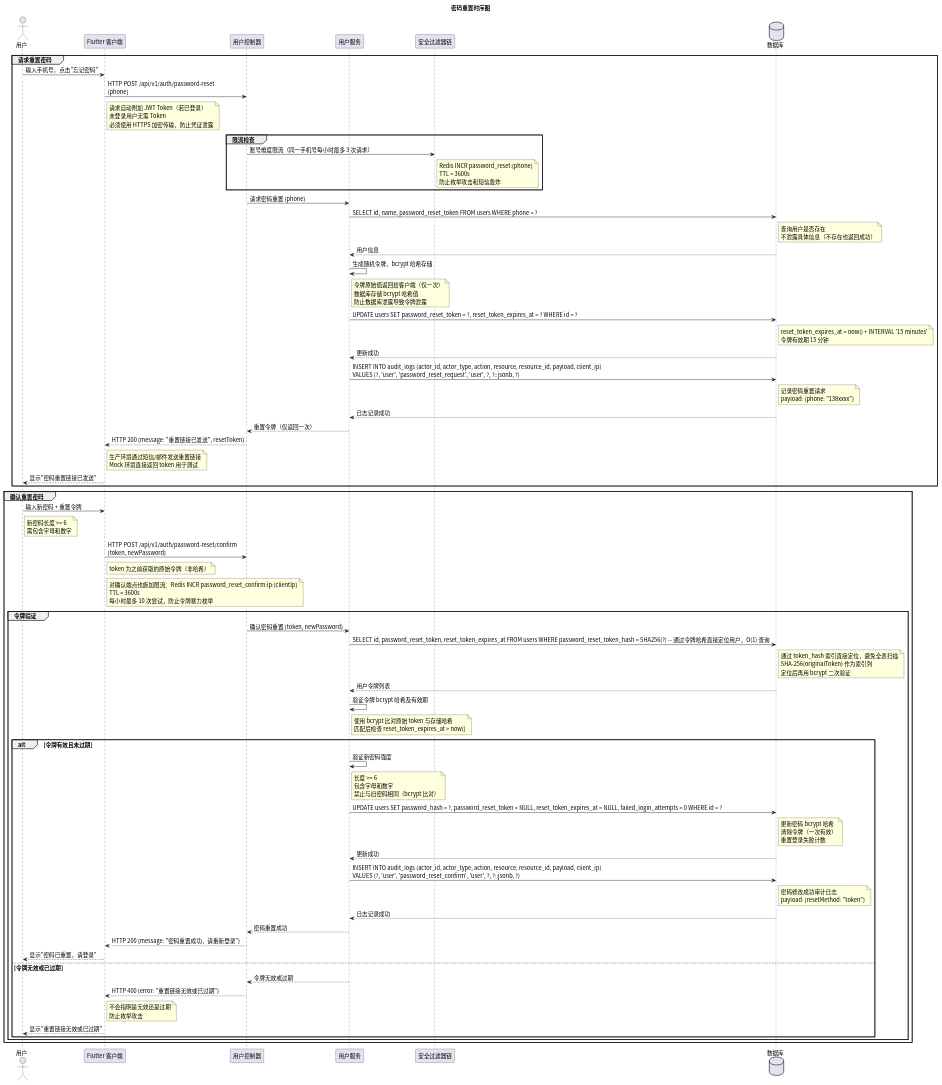
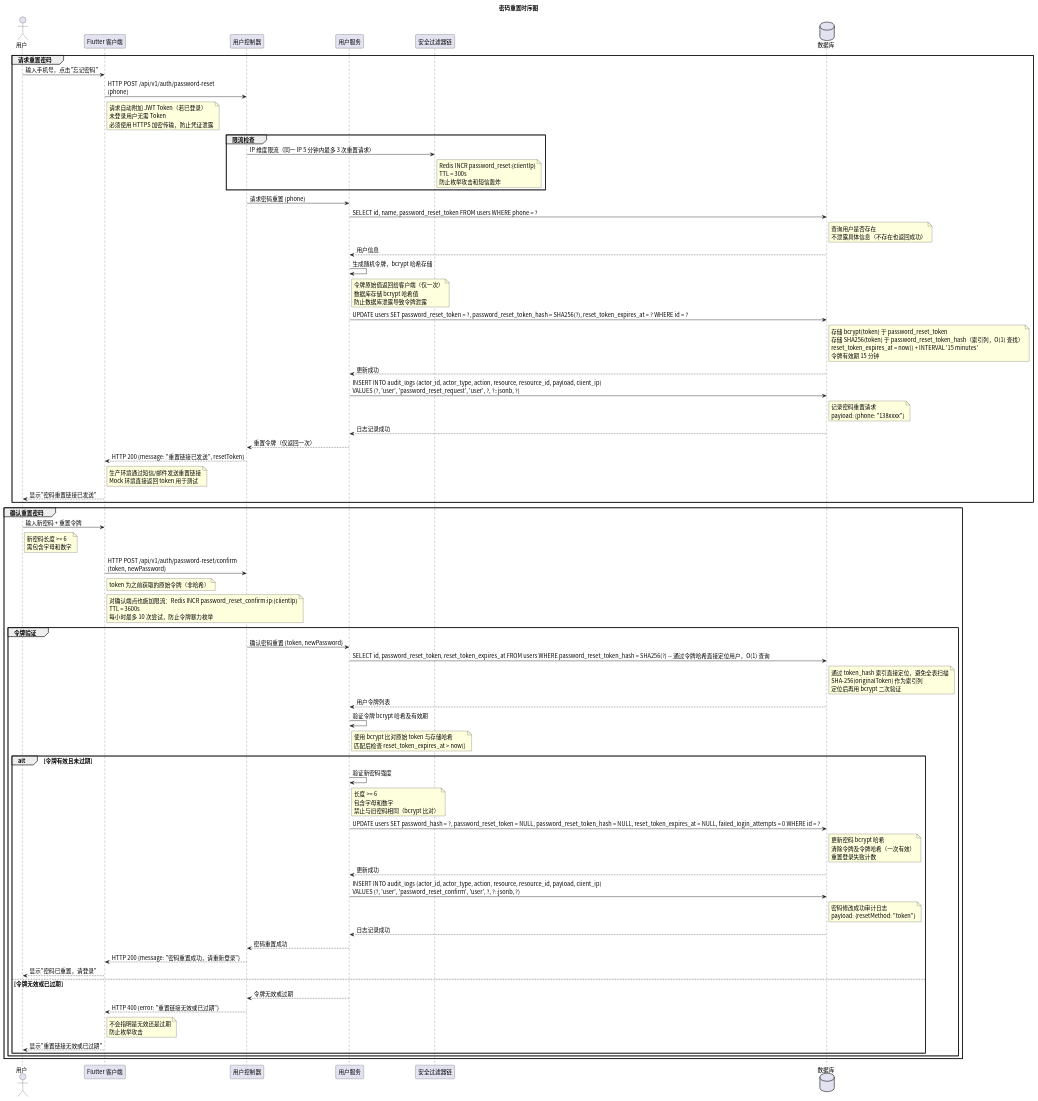
The diagram in time/src/sequence_password_reset.puml (greenhandzdl/charging-station-doc), drawn with PlantUML before and after one commit. The commit also changed 12 other files, not shown here.

```diff
--- a/time/src/sequence_password_reset.puml
+++ b/time/src/sequence_password_reset.puml
@@ -1,87 +1,87 @@
 @startuml
 skinparam defaultFontName "Noto Sans CJK SC"
 skinparam defaultFontSize 14
 title 密码重置时序图
 
 actor 用户 as U
 participant "Flutter 客户端" as FE
 participant "用户控制器" as Ctrl
 participant "用户服务" as US
 participant "安全过滤器链" as Security
 database 数据库 as DB
 
 group 请求重置密码
   U -> FE: 输入手机号，点击"忘记密码"
   FE -> Ctrl: HTTP POST /api/v1/auth/password-reset\n{phone}
   note right FE : 请求自动附加 JWT Token（若已登录）\n未登录用户无需 Token\n必须使用 HTTPS 加密传输，防止凭证泄露
 
   group 限流检查
-    Ctrl -> Security: 账号维度限流（同一手机号每小时最多 3 次请求）
-    note right Security : Redis INCR password_reset:{phone}\nTTL = 3600s\n防止枚举攻击和短信轰炸
+    Ctrl -> Security: IP 维度限流（同一 IP 5 分钟内最多 3 次重置请求）
+    note right Security : Redis INCR password_reset:{clientIp}\nTTL = 300s\n防止枚举攻击和短信轰炸
   end
 
   Ctrl -> US: 请求密码重置 {phone}
   US -> DB: SELECT id, name, password_reset_token FROM users WHERE phone = ?
   note right DB : 查询用户是否存在\n不泄露具体信息（不存在也返回成功）
   DB --> US: 用户信息
 
   US -> US: 生成随机令牌，bcrypt 哈希存储
   note right US : 令牌原始值返回给客户端（仅一次）\n数据库存储 bcrypt 哈希值\n防止数据库泄露导致令牌泄露
 
-  US -> DB: UPDATE users SET password_reset_token = ?, reset_token_expires_at = ? WHERE id = ?
-  note right DB : reset_token_expires_at = now() + INTERVAL '15 minutes'\n令牌有效期 15 分钟
+  US -> DB: UPDATE users SET password_reset_token = ?, password_reset_token_hash = SHA256(?), reset_token_expires_at = ? WHERE id = ?
+  note right DB : 存储 bcrypt(token) 于 password_reset_token\n存储 SHA256(token) 于 password_reset_token_hash（索引列，O(1) 查找）\nreset_token_expires_at = now() + INTERVAL '15 minutes'\n令牌有效期 15 分钟
   DB --> US: 更新成功
 
   US -> DB: INSERT INTO audit_logs (actor_id, actor_type, action, resource, resource_id, payload, client_ip)\nVALUES (?, 'user', 'password_reset_request', 'user', ?, ?::jsonb, ?)
   note right DB : 记录密码重置请求\npayload: {phone: "138xxxx"}
   DB --> US: 日志记录成功
 
   US --> Ctrl: 重置令牌（仅返回一次）
   Ctrl --> FE: HTTP 200 {message: "重置链接已发送", resetToken}
   note right FE : 生产环境通过短信/邮件发送重置链接\nMock 环境直接返回 token 用于测试
   FE --> U: 显示"密码重置链接已发送"
 end
 
 group 确认重置密码
   U -> FE: 输入新密码 + 重置令牌
   note right U : 新密码长度 >= 6\n需包含字母和数字
 
   FE -> Ctrl: HTTP POST /api/v1/auth/password-reset/confirm\n{token, newPassword}
   note right FE : token 为之前获取的原始令牌（非哈希）
   note right FE : 对确认端点也施加限流：Redis INCR password_reset_confirm:ip:{clientIp}\nTTL = 3600s\n每小时最多 10 次尝试，防止令牌暴力枚举
 
   group 令牌验证
     Ctrl -> US: 确认密码重置 {token, newPassword}
 
     US -> DB: SELECT id, password_reset_token, reset_token_expires_at FROM users WHERE password_reset_token_hash = SHA256(?) -- 通过令牌哈希直接定位用户，O(1) 查询
     note right DB : 通过 token_hash 索引直接定位，避免全表扫描\nSHA-256(originalToken) 作为索引列\n定位后再用 bcrypt 二次验证
     DB --> US: 用户令牌列表
 
     US -> US: 验证令牌 bcrypt 哈希及有效期
     note right US : 使用 bcrypt 比对原始 token 与存储哈希\n匹配后检查 reset_token_expires_at > now()
 
     alt 令牌有效且未过期
       US -> US: 验证新密码强度
       note right US : 长度 >= 6\n包含字母和数字\n禁止与旧密码相同（bcrypt 比对）
 
-      US -> DB: UPDATE users SET password_hash = ?, password_reset_token = NULL, reset_token_expires_at = NULL, failed_login_attempts = 0 WHERE id = ?
-      note right DB : 更新密码 bcrypt 哈希\n清除令牌（一次有效）\n重置登录失败计数
+      US -> DB: UPDATE users SET password_hash = ?, password_reset_token = NULL, password_reset_token_hash = NULL, reset_token_expires_at = NULL, failed_login_attempts = 0 WHERE id = ?
+      note right DB : 更新密码 bcrypt 哈希\n清除令牌及令牌哈希（一次有效）\n重置登录失败计数
       DB --> US: 更新成功
 
       US -> DB: INSERT INTO audit_logs (actor_id, actor_type, action, resource, resource_id, payload, client_ip)\nVALUES (?, 'user', 'password_reset_confirm', 'user', ?, ?::jsonb, ?)
       note right DB : 密码修改成功审计日志\npayload: {resetMethod: "token"}
       DB --> US: 日志记录成功
 
       US --> Ctrl: 密码重置成功
       Ctrl --> FE: HTTP 200 {message: "密码重置成功，请重新登录"}
       FE --> U: 显示"密码已重置，请登录"
     else 令牌无效或已过期
       US --> Ctrl: 令牌无效或过期
       Ctrl --> FE: HTTP 400 {error: "重置链接无效或已过期"}
       note right FE : 不会指明是无效还是过期\n防止枚举攻击
       FE --> U: 显示"重置链接无效或已过期"
     end
   end
 end
 
 @enduml
```
